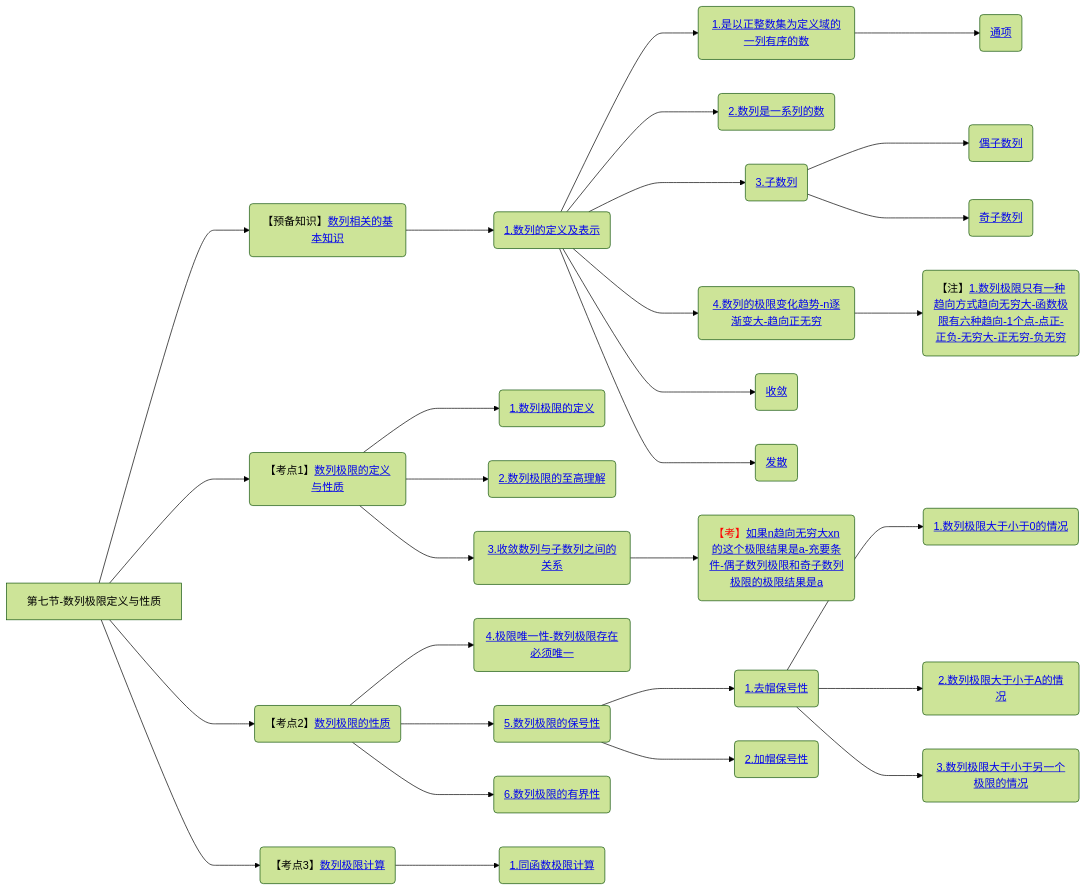
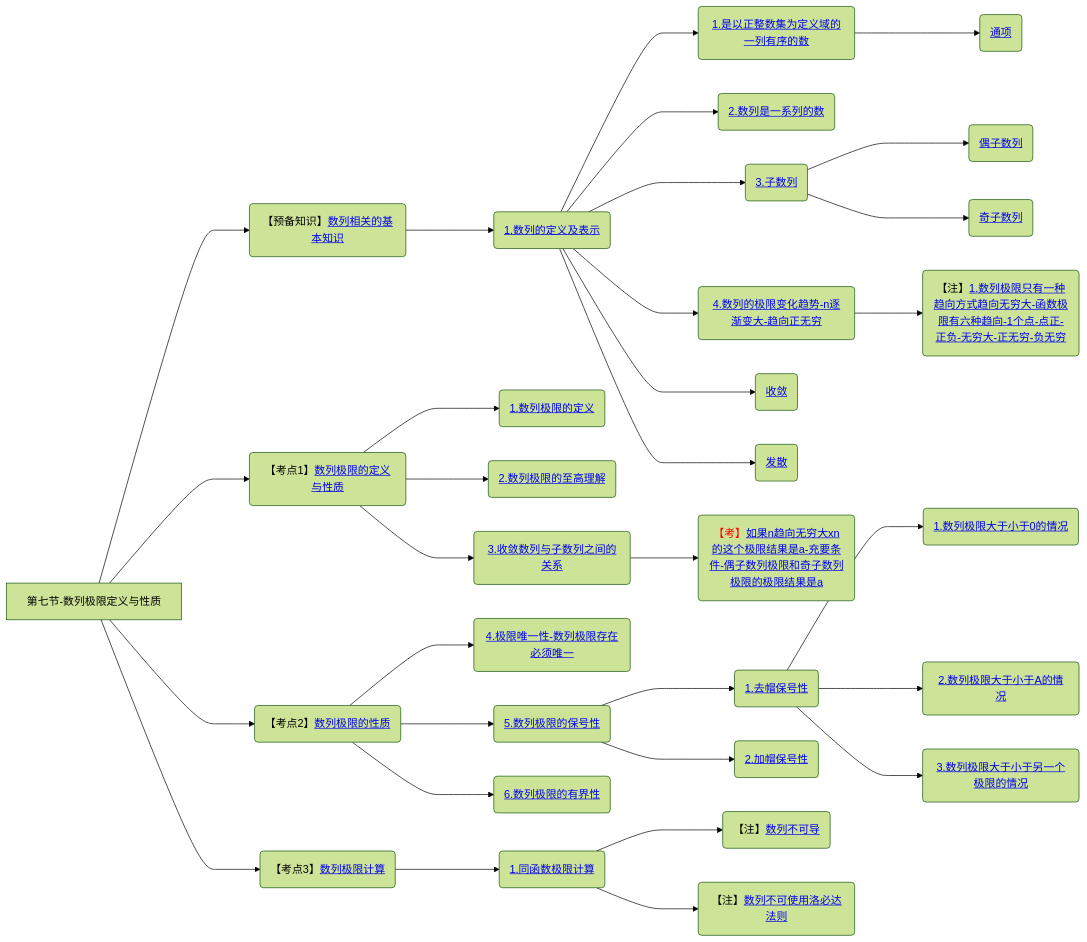
One commit to yuebinghui/note changed the seventh of 7 diagrams in 笔记/数学/周洋鑫/01.基础班思维导图.md. Above: the diagram before and after it, drawn with Mermaid (forest theme). The commit also changed 5 other files, not shown here.

````diff
--- a/笔记/数学/周洋鑫/01.基础班思维导图.md
+++ b/笔记/数学/周洋鑫/01.基础班思维导图.md
@@ -255,42 +255,44 @@
 ```mermaid
 graph LR
 第七节-数列极限定义与性质
 
 第七节-数列极限定义与性质--->数列相关的基本知识(【预备知识】<a href="/Users/yuebinghui/Documents/program/github/note/笔记/数学/周洋鑫/基础班/07.数列极限定义与性质.md#数列相关的基本知识">数列相关的基本知识</>)
 数列相关的基本知识--->1.数列的定义及表示(<a href="/Users/yuebinghui/Documents/program/github/note/笔记/数学/周洋鑫/基础班/07.数列极限定义与性质.md#1.数列的定义及表示">1.数列的定义及表示</>)
 1.数列的定义及表示--->1.是以正整数集为定义域的一列有序的数(<a href="/Users/yuebinghui/Documents/program/github/note/笔记/数学/周洋鑫/基础班/07.数列极限定义与性质.md#1.是以正整数集为定义域的一列有序的数">1.是以正整数集为定义域的一列有序的数</>)
 1.是以正整数集为定义域的一列有序的数--->通项(<a href="/Users/yuebinghui/Documents/program/github/note/笔记/数学/周洋鑫/基础班/07.数列极限定义与性质.md#通项">通项</>)
 
 1.数列的定义及表示--->2.数列是一系列的数(<a href="/Users/yuebinghui/Documents/program/github/note/笔记/数学/周洋鑫/基础班/07.数列极限定义与性质.md#2.数列是一系列的数">2.数列是一系列的数</>)
 
 1.数列的定义及表示--->3.子数列(<a href="/Users/yuebinghui/Documents/program/github/note/笔记/数学/周洋鑫/基础班/07.数列极限定义与性质.md#3.子数列">3.子数列</>)
 3.子数列--->偶子数列(<a href="/Users/yuebinghui/Documents/program/github/note/笔记/数学/周洋鑫/基础班/07.数列极限定义与性质.md#偶子数列">偶子数列</>)
 3.子数列--->奇子数列(<a href="/Users/yuebinghui/Documents/program/github/note/笔记/数学/周洋鑫/基础班/07.数列极限定义与性质.md#奇子数列">奇子数列</>)
 
 1.数列的定义及表示--->4.数列的极限变化趋势-n逐渐变大-趋向正无穷(<a href="/Users/yuebinghui/Documents/program/github/note/笔记/数学/周洋鑫/基础班/07.数列极限定义与性质.md#4.数列的极限变化趋势-n逐渐变大-趋向正无穷">4.数列的极限变化趋势-n逐渐变大-趋向正无穷</>)
 4.数列的极限变化趋势-n逐渐变大-趋向正无穷--->1.数列极限只有一种趋向方式趋向无穷大-函数极限有六种趋向-1个点-点正-正负-无穷大-正无穷-负无穷(【注】<a href="/Users/yuebinghui/Documents/program/github/note/笔记/数学/周洋鑫/基础班/07.数列极限定义与性质.md#1.数列极限只有一种趋向方式趋向无穷大-函数极限有六种趋向-1个点-点正-正负-无穷大-正无穷-负无穷">1.数列极限只有一种趋向方式趋向无穷大-函数极限有六种趋向-1个点-点正-正负-无穷大-正无穷-负无穷</>)
 1.数列的定义及表示--->收敛(<a href="/Users/yuebinghui/Documents/program/github/note/笔记/数学/周洋鑫/基础班/07.数列极限定义与性质.md#收敛">收敛</>)
 1.数列的定义及表示--->发散(<a href="/Users/yuebinghui/Documents/program/github/note/笔记/数学/周洋鑫/基础班/07.数列极限定义与性质.md#发散">发散</>)
 
 
 第七节-数列极限定义与性质--->数列极限的定义与性质(【考点1】<a href="/Users/yuebinghui/Documents/program/github/note/笔记/数学/周洋鑫/基础班/07.数列极限定义与性质.md#数列极限的定义与性质">数列极限的定义与性质</>)
 数列极限的定义与性质--->1.数列极限的定义(<a href="/Users/yuebinghui/Documents/program/github/note/笔记/数学/周洋鑫/基础班/07.数列极限定义与性质.md#1.数列极限的定义">1.数列极限的定义</>)
 数列极限的定义与性质--->2.数列极限的至高理解(<a href="/Users/yuebinghui/Documents/program/github/note/笔记/数学/周洋鑫/基础班/07.数列极限定义与性质.md#2.数列极限的至高理解">2.数列极限的至高理解</>)
 数列极限的定义与性质--->3.收敛数列与子数列之间的关系(<a href="/Users/yuebinghui/Documents/program/github/note/笔记/数学/周洋鑫/基础班/07.数列极限定义与性质.md#3.收敛数列与子数列之间的关系">3.收敛数列与子数列之间的关系</>)
 3.收敛数列与子数列之间的关系--->如果n趋向无穷大xn的这个极限结果是a-充要条件-偶子数列极限和奇子数列极限的极限结果是a(<span style="color:red">【考】</span><a href="/Users/yuebinghui/Documents/program/github/note/笔记/数学/周洋鑫/基础班/07.数列极限定义与性质.md#如果n趋向无穷大xn的这个极限结果是a-充要条件-偶子数列极限和奇子数列极限的极限结果是a">如果n趋向无穷大xn的这个极限结果是a-充要条件-偶子数列极限和奇子数列极限的极限结果是a</>)
 
 第七节-数列极限定义与性质--->数列极限的性质(【考点2】<a href="/Users/yuebinghui/Documents/program/github/note/笔记/数学/周洋鑫/基础班/07.数列极限定义与性质.md#数列极限的性质">数列极限的性质</>)
 数列极限的性质--->4.极限唯一性-数列极限存在必须唯一(<a href="/Users/yuebinghui/Documents/program/github/note/笔记/数学/周洋鑫/基础班/07.数列极限定义与性质.md#4.极限唯一性-数列极限存在必须唯一">4.极限唯一性-数列极限存在必须唯一</>)
 数列极限的性质--->5.数列极限的保号性(<a href="/Users/yuebinghui/Documents/program/github/note/笔记/数学/周洋鑫/基础班/07.数列极限定义与性质.md#5.数列极限的保号性">5.数列极限的保号性</>)
 5.数列极限的保号性--->1.去帽保号性(<a href="/Users/yuebinghui/Documents/program/github/note/笔记/数学/周洋鑫/基础班/07.数列极限定义与性质.md#1.去帽保号性">1.去帽保号性</>)
 1.去帽保号性--->1.数列极限大于小于0的情况(<a href="/Users/yuebinghui/Documents/program/github/note/笔记/数学/周洋鑫/基础班/07.数列极限定义与性质.md#1.数列极限大于小于0的情况">1.数列极限大于小于0的情况</>)
 1.去帽保号性--->2.数列极限大于小于A的情况(<a href="/Users/yuebinghui/Documents/program/github/note/笔记/数学/周洋鑫/基础班/07.数列极限定义与性质.md#2.数列极限大于小于A的情况">2.数列极限大于小于A的情况</>)
 1.去帽保号性--->3.数列极限大于小于另一个极限的情况(<a href="/Users/yuebinghui/Documents/program/github/note/笔记/数学/周洋鑫/基础班/07.数列极限定义与性质.md#3.数列极限大于小于另一个极限的情况">3.数列极限大于小于另一个极限的情况</>)
 5.数列极限的保号性--->2.加帽保号性(<a href="/Users/yuebinghui/Documents/program/github/note/笔记/数学/周洋鑫/基础班/07.数列极限定义与性质.md#2.加帽保号性">2.加帽保号性</>)
 数列极限的性质--->6.数列极限的有界性(<a href="/Users/yuebinghui/Documents/program/github/note/笔记/数学/周洋鑫/基础班/07.数列极限定义与性质.md#6.数列极限的有界性">6.数列极限的有界性</>)
 
 第七节-数列极限定义与性质--->数列极限计算(【考点3】<a href="/Users/yuebinghui/Documents/program/github/note/笔记/数学/周洋鑫/基础班/07.数列极限定义与性质.md#数列极限计算">数列极限计算</>)
 数列极限计算--->1.同函数极限计算(<a href="/Users/yuebinghui/Documents/program/github/note/笔记/数学/周洋鑫/基础班/07.数列极限定义与性质.md#1.同函数极限计算">1.同函数极限计算</>)
+1.同函数极限计算--->数列不可导(【注】<a href="/Users/yuebinghui/Documents/program/github/note/笔记/数学/周洋鑫/基础班/07.数列极限定义与性质.md#数列不可导">数列不可导</>)
+1.同函数极限计算--->数列不可使用洛必达法则(【注】<a href="/Users/yuebinghui/Documents/program/github/note/笔记/数学/周洋鑫/基础班/07.数列极限定义与性质.md#数列不可使用洛必达法则">数列不可使用洛必达法则</>)
 
 
 ```
````
